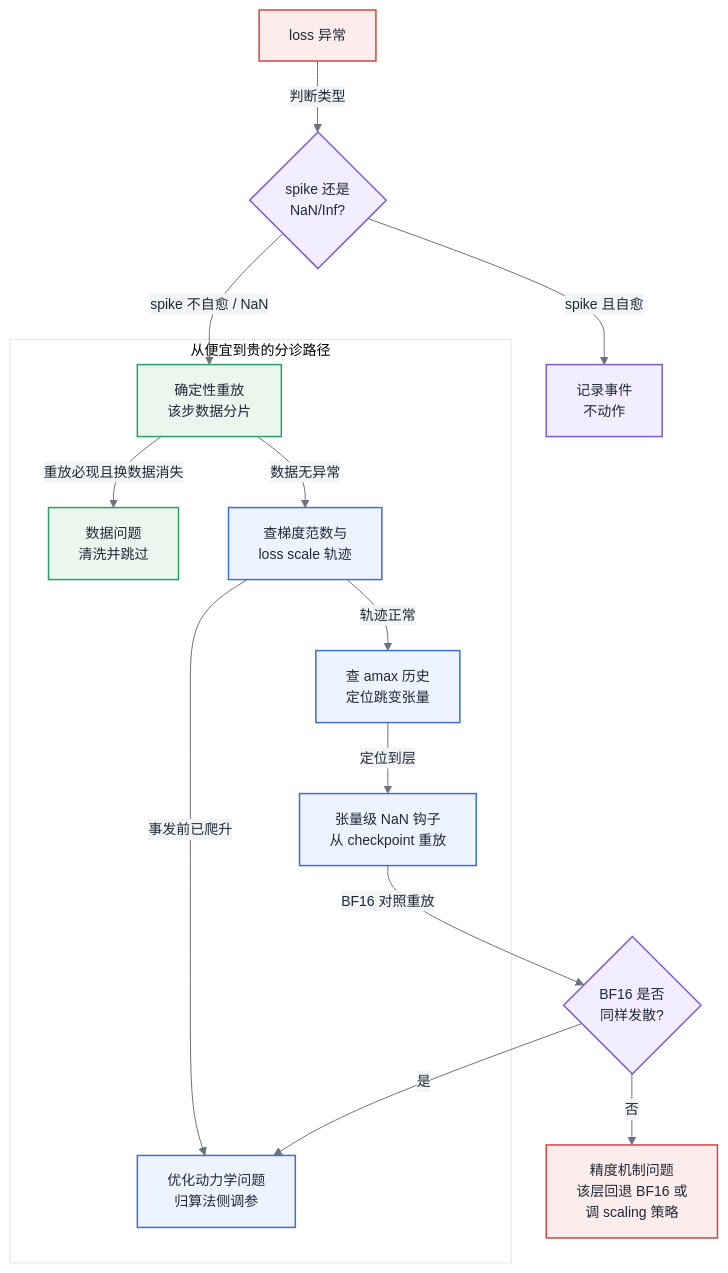
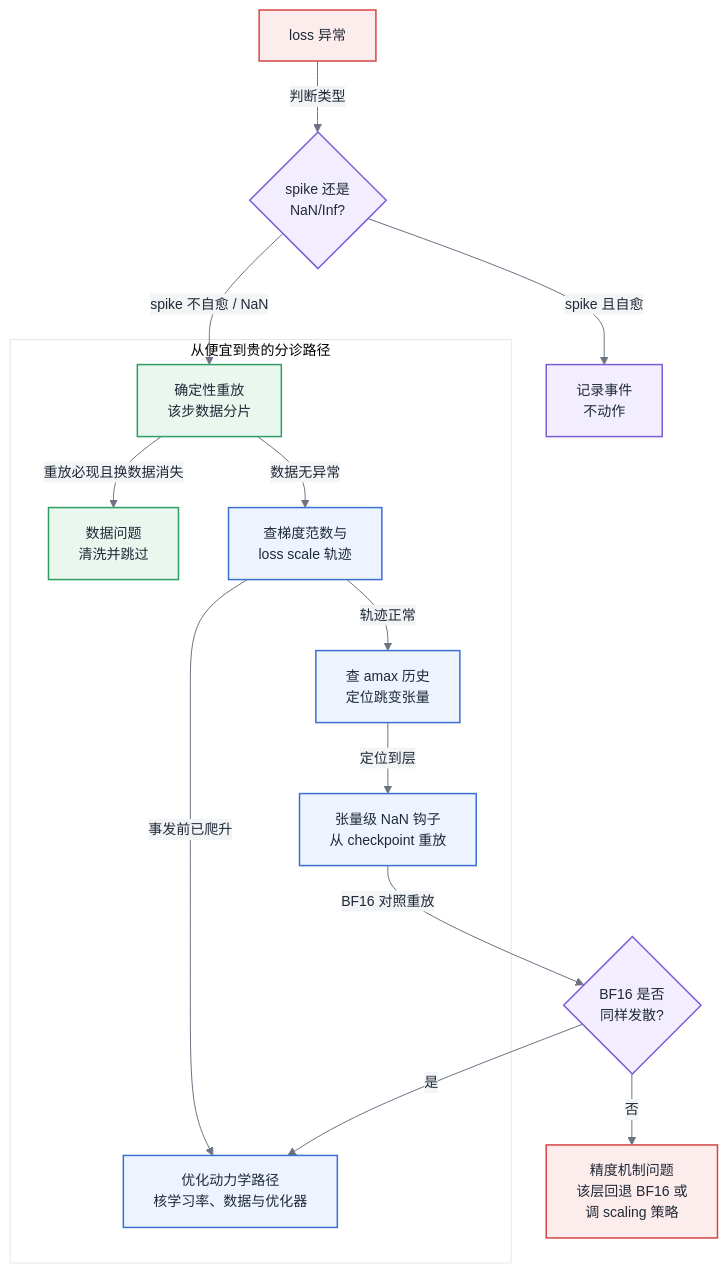
Before and after one commit to cdavid817/AI-Infra: the first of 2 diagrams in 第四部分-训练系统/第17章-显存与训练侧精度机制.md, drawn with Mermaid. The commit also changed other lines of this file and 117 other files, not shown here.

````diff
--- a/第四部分-训练系统/第17章-显存与训练侧精度机制.md
+++ b/第四部分-训练系统/第17章-显存与训练侧精度机制.md
@@ -143,28 +198,28 @@
 ```mermaid
 %%{init: {'theme':'base','themeVariables':{
   'primaryColor':'#EEF4FF','primaryBorderColor':'#3B6FD4','primaryTextColor':'#1F2937',
   'secondaryColor':'#F3F4F6','tertiaryColor':'#FFFFFF',
   'lineColor':'#6B7280','fontFamily':'-apple-system, Segoe UI, Helvetica, Arial, sans-serif','fontSize':'14px'
 }}}%%
 flowchart TB
     classDef compute fill:#EEF4FF,stroke:#3B6FD4,stroke-width:1.5px,color:#1F2937
     classDef data fill:#E9F7EF,stroke:#2E9E64,stroke-width:1.5px,color:#1F2937
     classDef fault fill:#FDECEC,stroke:#D64545,stroke-width:1.5px,color:#1F2937
     classDef ctrl fill:#F3EEFF,stroke:#7C5CD4,stroke-width:1.5px,color:#1F2937
 
     A[loss 异常]:::fault -->|判断类型| B{spike 还是<br/>NaN/Inf?}:::ctrl
     B -->|spike 且自愈| C[记录事件<br/>不动作]:::ctrl
     B -->|spike 不自愈 / NaN| D[确定性重放<br/>该步数据分片]:::data
 
     subgraph 分诊路径["从便宜到贵的分诊路径"]
         D -->|重放必现且换数据消失| E[数据问题<br/>清洗并跳过]:::data
         D -->|数据无异常| F[查梯度范数与<br/>loss scale 轨迹]:::compute
-        F -->|事发前已爬升| G[优化动力学问题<br/>归算法侧调参]:::compute
+        F -->|事发前已爬升| G[优化动力学路径<br/>核学习率、数据与优化器]:::compute
         F -->|轨迹正常| H[查 amax 历史<br/>定位跳变张量]:::compute
         H -->|定位到层| I[张量级 NaN 钩子<br/>从 checkpoint 重放]:::compute
     end
 
     I -->|BF16 对照重放| J{BF16 是否<br/>同样发散?}:::ctrl
     J -->|是| G
     J -->|否| K[精度机制问题<br/>该层回退 BF16 或<br/>调 scaling 策略]:::fault
 ```
````
